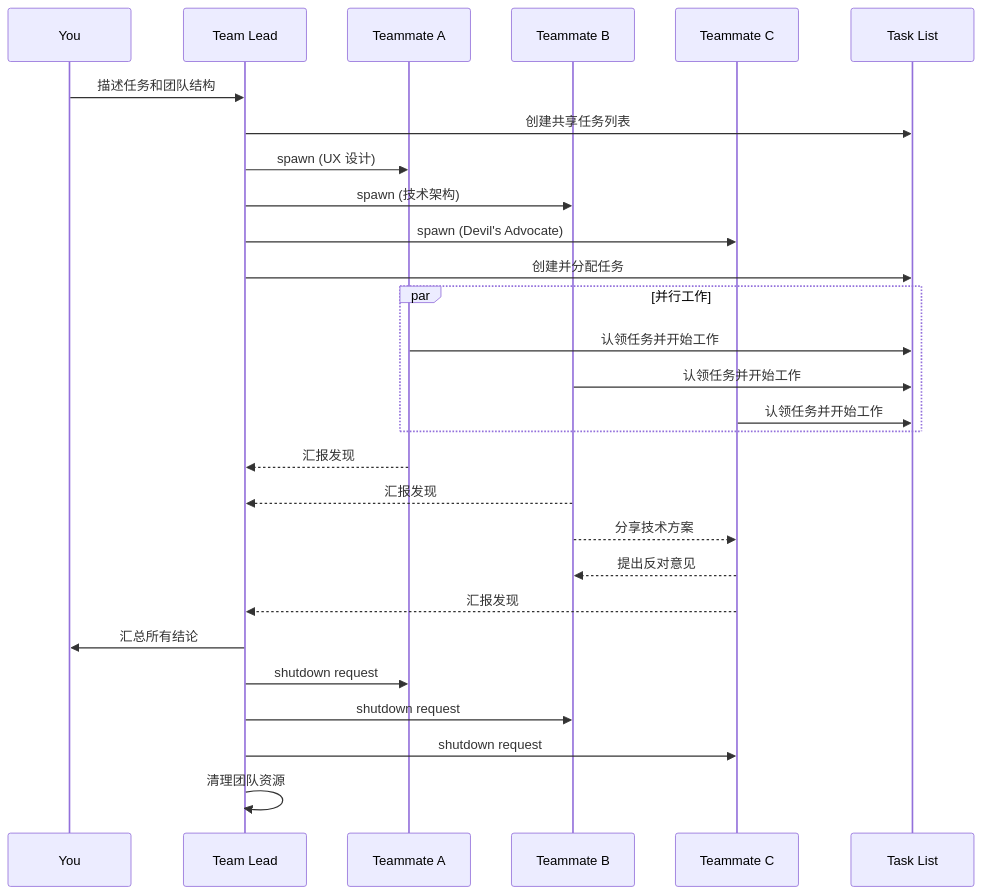
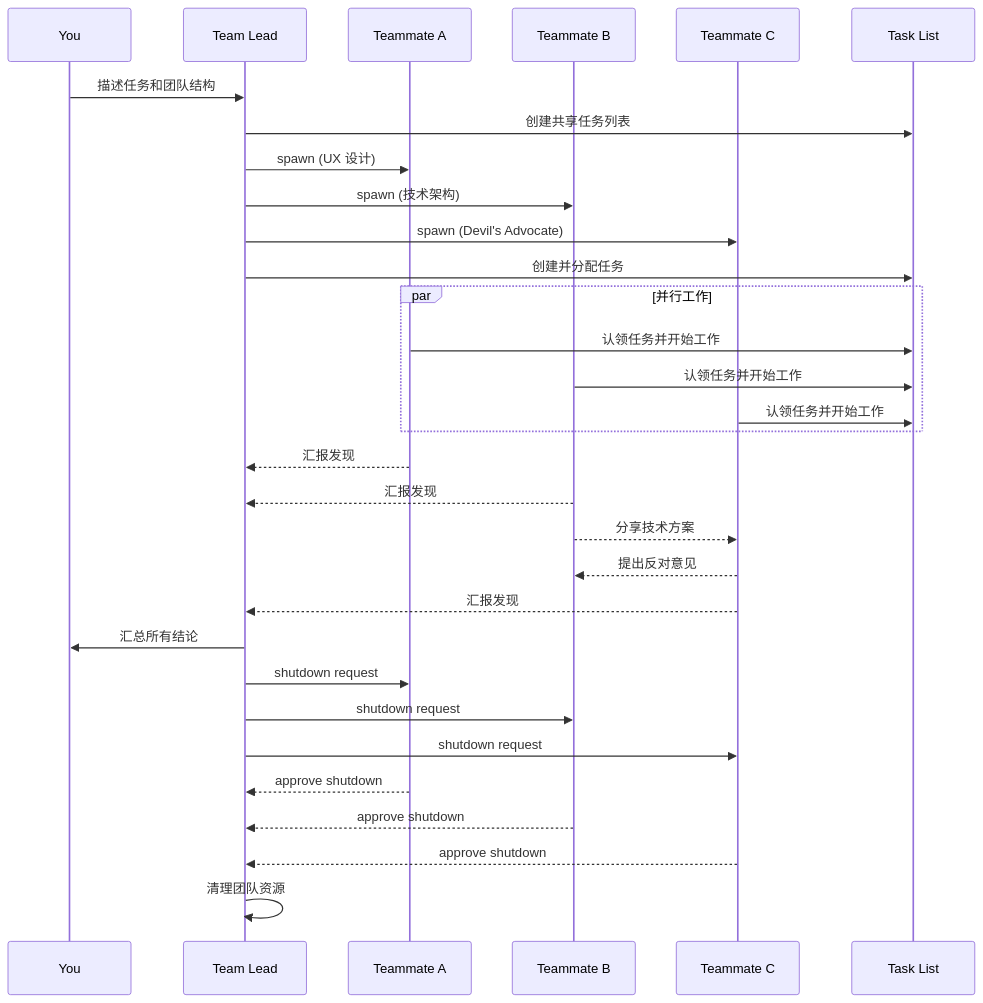
Before and after one commit to riba2534/blog: the third of 6 diagrams in content/blog/2026/Claude-Code-Agent-Teams-多Agent协作的正确打开方式.md, drawn with Mermaid. The commit also changed other lines of this file, not shown here.

First line of the commit message:
docs: 更新多Agent协作流程图和序列图

````diff
--- a/content/blog/2026/Claude-Code-Agent-Teams-多Agent协作的正确打开方式.md
+++ b/content/blog/2026/Claude-Code-Agent-Teams-多Agent协作的正确打开方式.md
@@ -182,34 +182,37 @@
 ```mermaid
 sequenceDiagram
     participant U as You
     participant L as Team Lead
     participant T1 as Teammate A
     participant T2 as Teammate B
     participant T3 as Teammate C
     participant TL as Task List
 
     U->>L: 描述任务和团队结构
     L->>TL: 创建共享任务列表
     L->>T1: spawn (UX 设计)
     L->>T2: spawn (技术架构)
     L->>T3: spawn (Devil's Advocate)
     L->>TL: 创建并分配任务
 
     par 并行工作
         T1->>TL: 认领任务并开始工作
         T2->>TL: 认领任务并开始工作
         T3->>TL: 认领任务并开始工作
     end
 
     T1-->>L: 汇报发现
     T2-->>L: 汇报发现
     T2-->>T3: 分享技术方案
     T3-->>T2: 提出反对意见
     T3-->>L: 汇报发现
 
     L->>U: 汇总所有结论
     L->>T1: shutdown request
     L->>T2: shutdown request
     L->>T3: shutdown request
+    T1-->>L: approve shutdown
+    T2-->>L: approve shutdown
+    T3-->>L: approve shutdown
     L->>L: 清理团队资源
 ```
````
